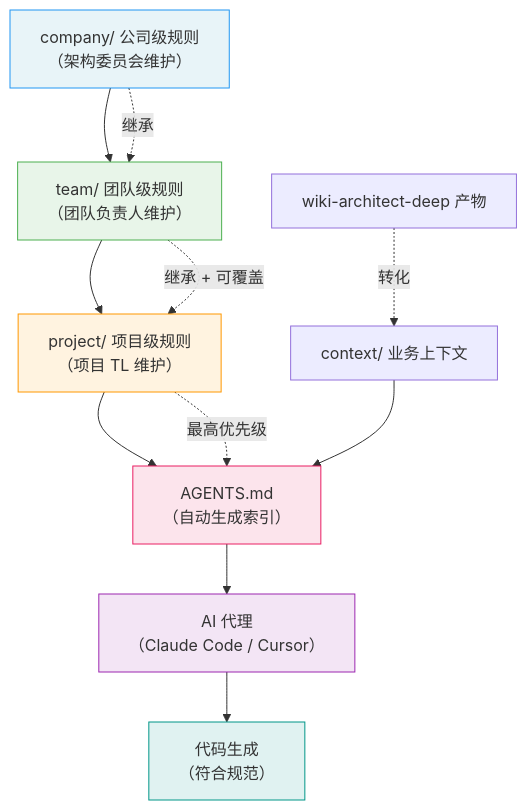
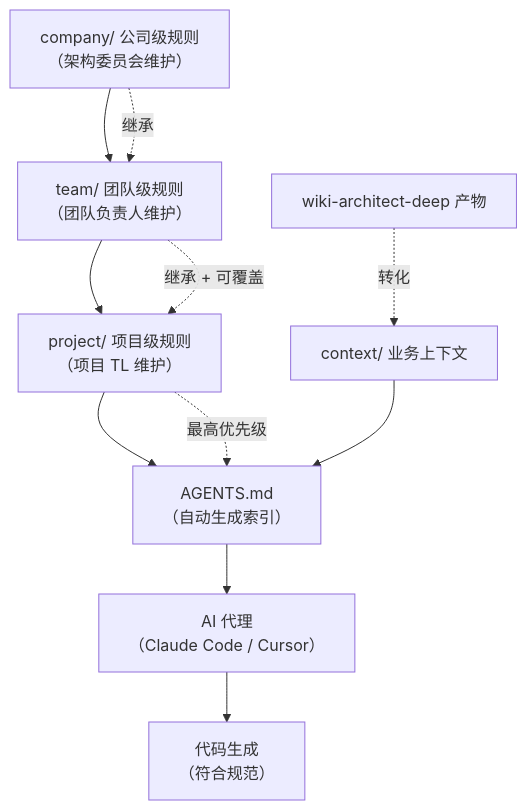
The first of 4 diagrams in ai-coding/knowledge-base.md (zlh-428/zlh-428), drawn with Mermaid before and after one commit. The commit also changed other lines of this file and 1 other file, not shown here.

First line of the commit message:
🩹 fix: remove Mermaid style directives for GitHub rendering

````diff
--- a/ai-coding/knowledge-base.md
+++ b/ai-coding/knowledge-base.md
@@ -118,22 +118,15 @@
 ```Mermaid
 flowchart TD
     A["company/ 公司级规则<br/>（架构委员会维护）"] --> B["team/ 团队级规则<br/>（团队负责人维护）"]
     B --> C["project/ 项目级规则<br/>（项目 TL 维护）"]
     C --> D["AGENTS.md<br/>（自动生成索引）"]
     D --> E["AI 代理<br/>（Claude Code / Cursor）"]
     E --> F["代码生成<br/>（符合规范）"]
     
     A -.->|"继承"| B
     B -.->|"继承 + 可覆盖"| C
     C -.->|"最高优先级"| D
     
     G["context/ 业务上下文"] --> D
     H["wiki-architect-deep 产物"] -.->|"转化"| G
-    
-    style A fill:#e8f4f8,stroke:#2196F3
-    style B fill:#e8f5e9,stroke:#4CAF50
-    style C fill:#fff3e0,stroke:#FF9800
-    style D fill:#fce4ec,stroke:#E91E63
-    style E fill:#f3e5f5,stroke:#9C27B0
-    style F fill:#e0f2f1,stroke:#009688
 ```
````
